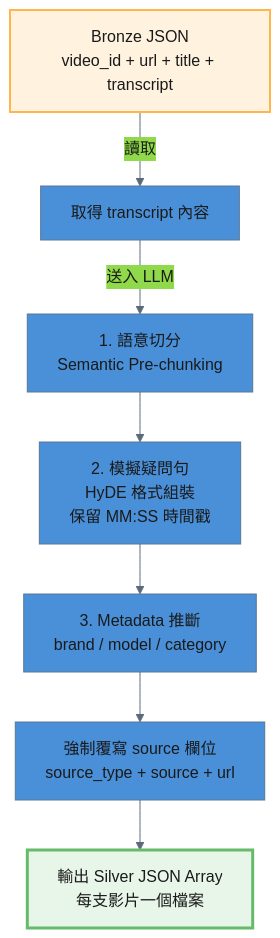
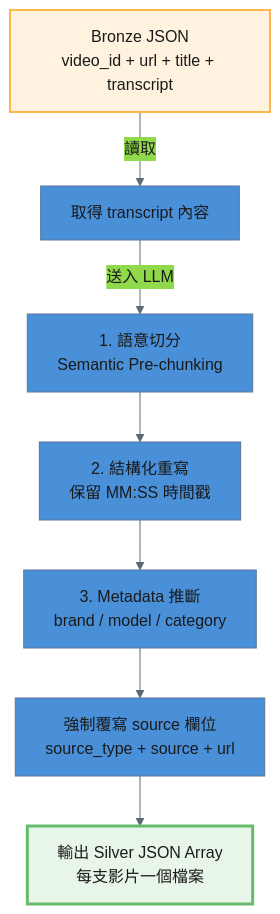
The third of 3 diagrams in data/docs/manuals/YouTube處理流程.md (sunnyDataScience/Smart-Lock_AI_Support_Service_Dispatch_SaaS_Platform), drawn with Mermaid before and after one commit. The commit also changed other lines of this file and 310 other files, not shown here.

````diff
--- a/data/docs/manuals/YouTube處理流程.md
+++ b/data/docs/manuals/YouTube處理流程.md
@@ -209,21 +114,21 @@
 ```mermaid
 ---
 config:
   layout: dagre
   theme: base
   themeVariables:
     primaryColor: '#4A90D9'
     primaryTextColor: '#1a1a1a'
     lineColor: '#5A6A7A'
 ---
 graph TD
     A[Bronze JSON<br/>video_id + url + title + transcript] -->|讀取| B[取得 transcript 內容]
     B -->|送入 LLM| C[1. 語意切分<br/>Semantic Pre-chunking]
-    C --> D[2. 模擬疑問句<br/>HyDE 格式組裝<br/>保留 MM:SS 時間戳]
+    C --> D[2. 結構化重寫<br/>保留 MM:SS 時間戳]
     D --> E[3. Metadata 推斷<br/>brand / model / category]
     E --> F[強制覆寫 source 欄位<br/>source_type + source + url]
     F --> G[輸出 Silver JSON Array<br/>每支影片一個檔案]
 
     style A fill:#FFF3E0,stroke:#FFB74D,stroke-width:2px
     style G fill:#E8F5E9,stroke:#66BB6A,stroke-width:3px
 ```
````
